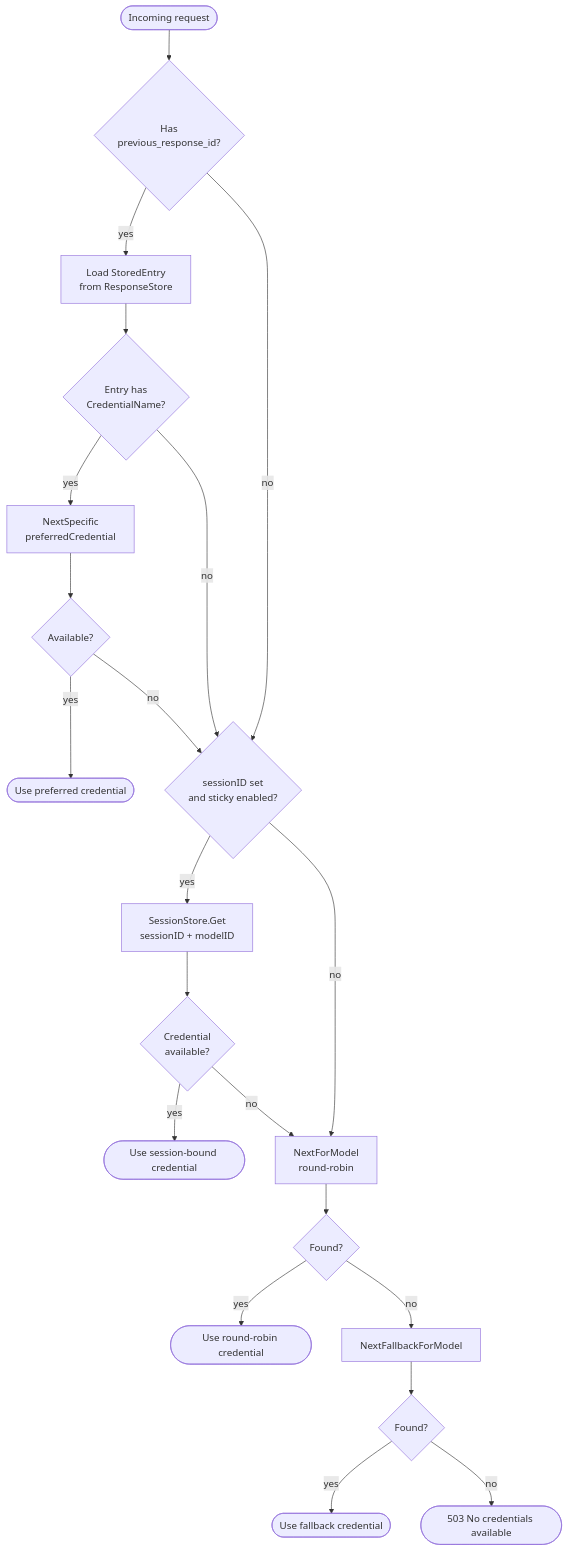
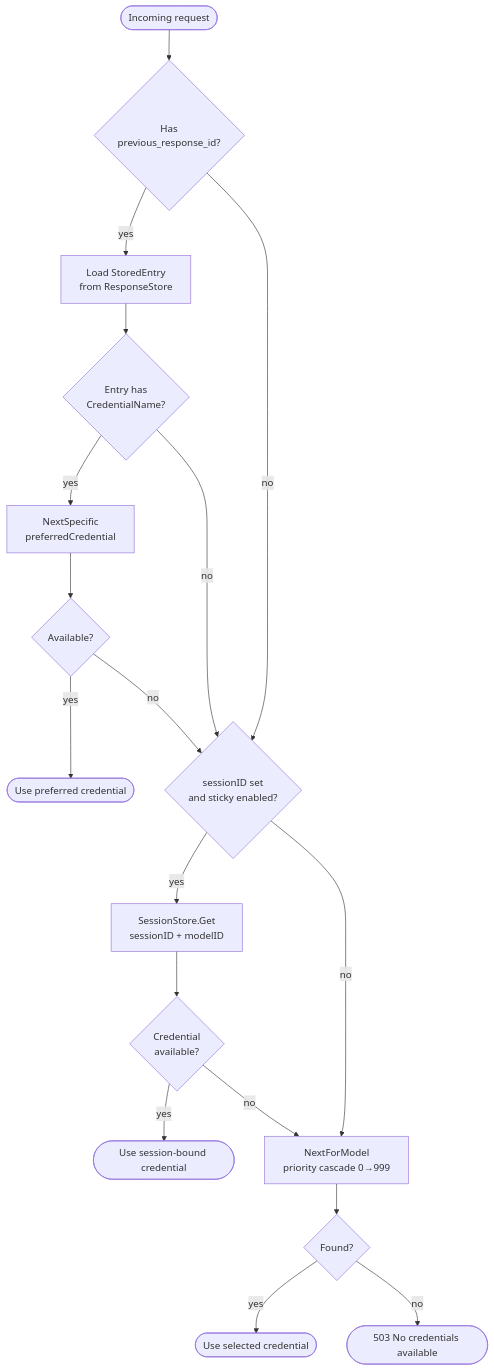
One commit to MiXaiLL76/auto_ai_router changed the third of 4 diagrams in docs/advanced/session_sticky.md. Above: the diagram before and after it, drawn with Mermaid. The commit also changed other lines of this file and 6 other files, not shown here.

First line of the commit message:
docs: finish the is_fallback → priority sweep

````diff
--- a/docs/advanced/session_sticky.md
+++ b/docs/advanced/session_sticky.md
@@ -86,28 +86,25 @@
 ```mermaid
 flowchart TD
     Start([Incoming request]) --> HasPrev{Has<br/>previous_response_id?}
 
     HasPrev -->|yes| LoadEntry[Load StoredEntry<br/>from ResponseStore]
     LoadEntry --> EntryHasCred{Entry has<br/>CredentialName?}
     EntryHasCred -->|yes| TryPref[NextSpecific<br/>preferredCredential]
     TryPref --> PrefOK{Available?}
     PrefOK -->|yes| UsePref([Use preferred credential])
     PrefOK -->|no| TrySession
 
     HasPrev -->|no| TrySession
     EntryHasCred -->|no| TrySession
 
     TrySession{sessionID set<br/>and sticky enabled?}
     TrySession -->|yes| LookupBinding[SessionStore.Get<br/>sessionID + modelID]
     LookupBinding --> BindingOK{Credential<br/>available?}
     BindingOK -->|yes| UseBinding([Use session-bound credential])
     BindingOK -->|no| RoundRobin
 
-    TrySession -->|no| RoundRobin[NextForModel<br/>round-robin]
+    TrySession -->|no| RoundRobin[NextForModel<br/>priority cascade 0→999]
     RoundRobin --> RROk{Found?}
-    RROk -->|yes| UseRR([Use round-robin credential])
-    RROk -->|no| Fallback[NextFallbackForModel]
-    Fallback --> FbOk{Found?}
-    FbOk -->|yes| UseFb([Use fallback credential])
-    FbOk -->|no| Error([503 No credentials available])
+    RROk -->|yes| UseRR([Use selected credential])
+    RROk -->|no| Error([503 No credentials available])
 ```
````
